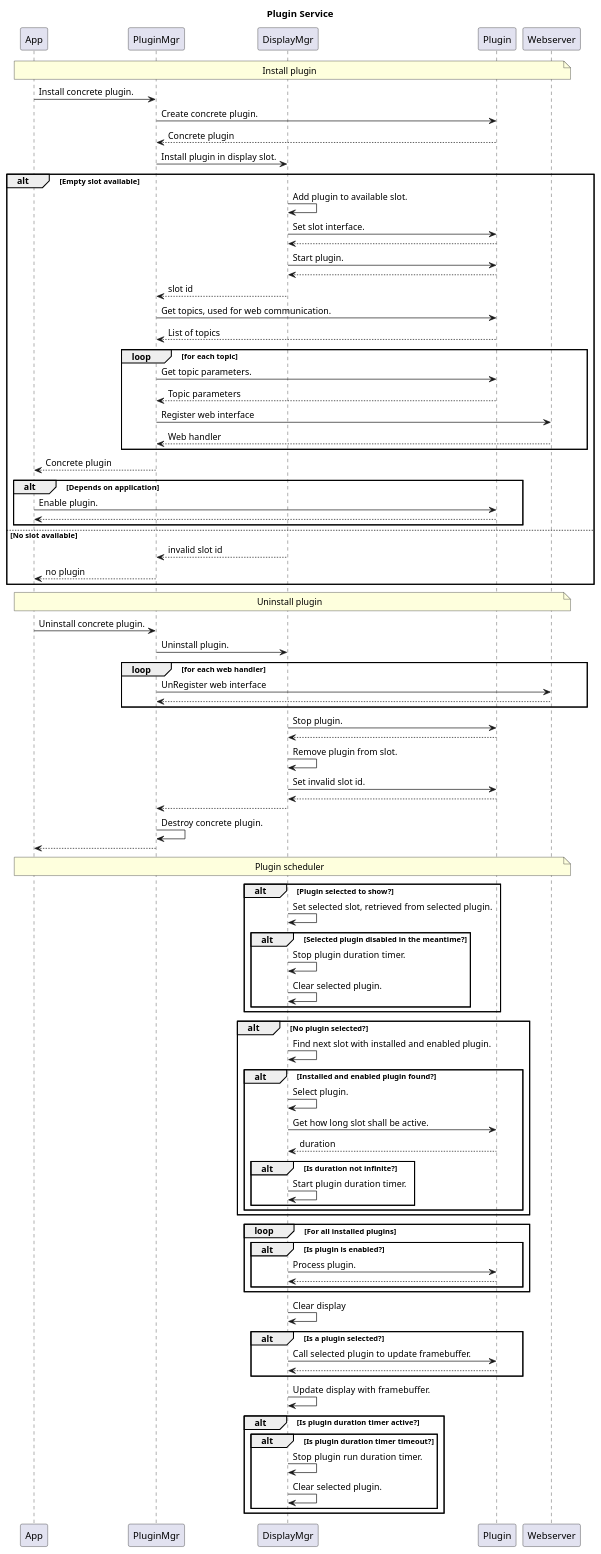
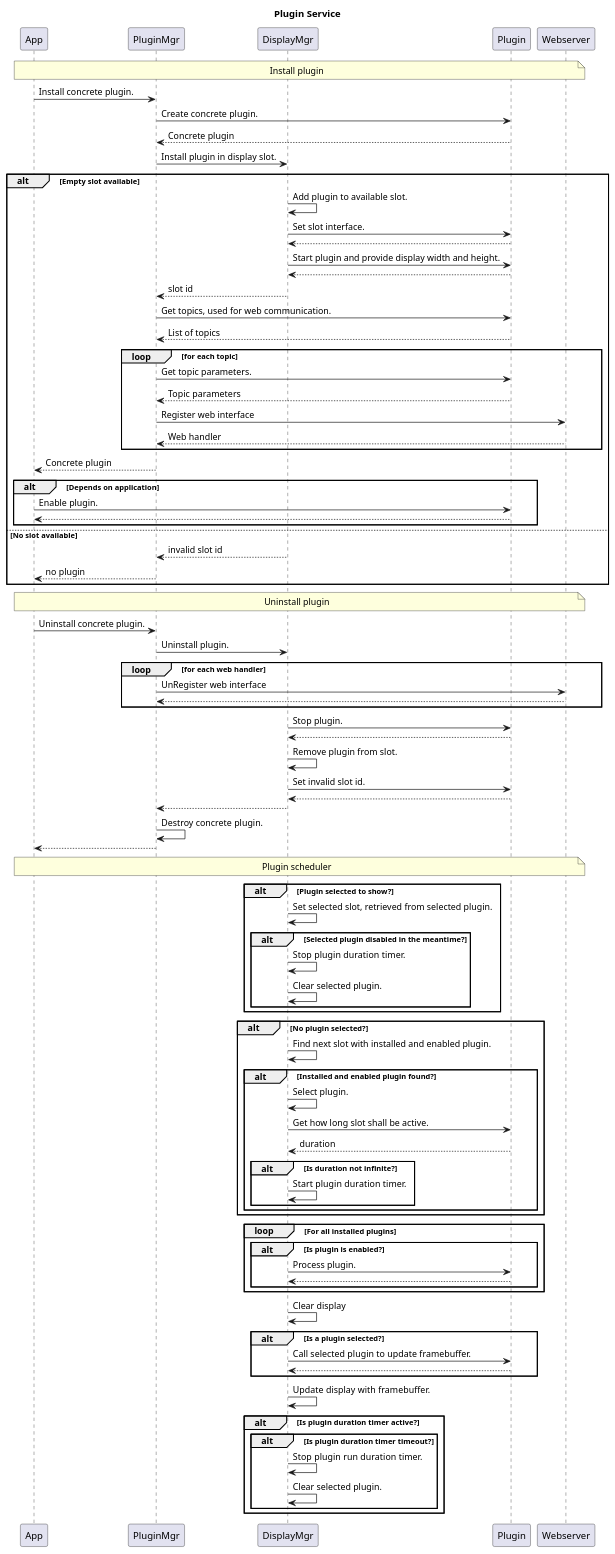
The diagram in doc/design/plugin-service-dynamic.plantuml (BlueAndi/Pixelix), drawn with PlantUML before and after one commit. The commit also changed 36 other files, not shown here.

First line of the commit message:
The start() method provides now the display width and height. Therefore it is not necessary anymore to initialize display size depended stuff in the active() method and check all the time whether is must be done or not.

```diff
--- a/doc/design/plugin-service-dynamic.plantuml
+++ b/doc/design/plugin-service-dynamic.plantuml
@@ -1,127 +1,127 @@
 @startuml
 
 title Plugin Service
 
 participant "App" as app
 participant "PluginMgr" as pluginMgr
 participant "DisplayMgr" as displayMgr
 participant "Plugin" as plugin
 participant "Webserver" as webServer
 
 note over app,webServer
     Install plugin
 end note
 
 app -> pluginMgr: Install concrete plugin.
 pluginMgr -> plugin: Create concrete plugin.
 plugin --> pluginMgr: Concrete plugin
 pluginMgr -> displayMgr: Install plugin in display slot.
 
 alt Empty slot available
     displayMgr -> displayMgr: Add plugin to available slot.
     displayMgr -> plugin: Set slot interface.
     plugin --> displayMgr
-    displayMgr -> plugin: Start plugin.
+    displayMgr -> plugin: Start plugin and provide display width and height.
     plugin --> displayMgr
     displayMgr --> pluginMgr: slot id
     pluginMgr -> plugin: Get topics, used for web communication.
     plugin --> pluginMgr: List of topics
 
     loop for each topic
         pluginMgr -> plugin: Get topic parameters.
         plugin --> pluginMgr: Topic parameters
         pluginMgr -> webServer: Register web interface
         webServer --> pluginMgr: Web handler
     end loop
 
     pluginMgr --> app: Concrete plugin
 
     alt Depends on application
         app -> plugin: Enable plugin.
         plugin --> app
     end alt
 else No slot available
     displayMgr --> pluginMgr: invalid slot id
     pluginMgr --> app: no plugin
 end alt
 
 note over app,webServer
     Uninstall plugin
 end note
 
 app -> pluginMgr: Uninstall concrete plugin.
 pluginMgr -> displayMgr: Uninstall plugin.
 
 loop for each web handler
     pluginMgr -> webServer: UnRegister web interface
     webServer --> pluginMgr
 end loop
 
 displayMgr -> plugin: Stop plugin.
 plugin --> displayMgr
 displayMgr -> displayMgr: Remove plugin from slot.
 displayMgr -> plugin: Set invalid slot id.
 plugin --> displayMgr
 displayMgr --> pluginMgr
 pluginMgr -> pluginMgr: Destroy concrete plugin.
 pluginMgr --> app
 
 note over app,webServer
     Plugin scheduler
 end note
 
 alt Plugin selected to show?
 
     displayMgr -> displayMgr: Set selected slot, retrieved from selected plugin.
 
     alt Selected plugin disabled in the meantime?
         displayMgr -> displayMgr: Stop plugin duration timer.
         displayMgr -> displayMgr: Clear selected plugin.
     end alt
 
 end alt
 
 alt No plugin selected?
 
     displayMgr -> displayMgr: Find next slot with installed and enabled plugin.
 
     alt Installed and enabled plugin found?
         displayMgr -> displayMgr: Select plugin.
         displayMgr -> plugin: Get how long slot shall be active.
         plugin --> displayMgr: duration
 
         alt Is duration not infinite?
             displayMgr -> displayMgr: Start plugin duration timer.
         end alt
     end alt
 
 end alt
 
 loop For all installed plugins
 
     alt Is plugin is enabled?
 
         displayMgr -> plugin: Process plugin.
         plugin --> displayMgr
 
     end alt
 
 end loop
 
 displayMgr -> displayMgr: Clear display
 
 alt Is a plugin selected?
     displayMgr -> plugin: Call selected plugin to update framebuffer.
     plugin --> displayMgr
 end alt
 
 displayMgr -> displayMgr: Update display with framebuffer.
 
 alt Is plugin duration timer active?
     alt Is plugin duration timer timeout?
         displayMgr -> displayMgr: Stop plugin run duration timer.
         displayMgr -> displayMgr: Clear selected plugin.
     end alt
 end alt
 
 @enduml
```
